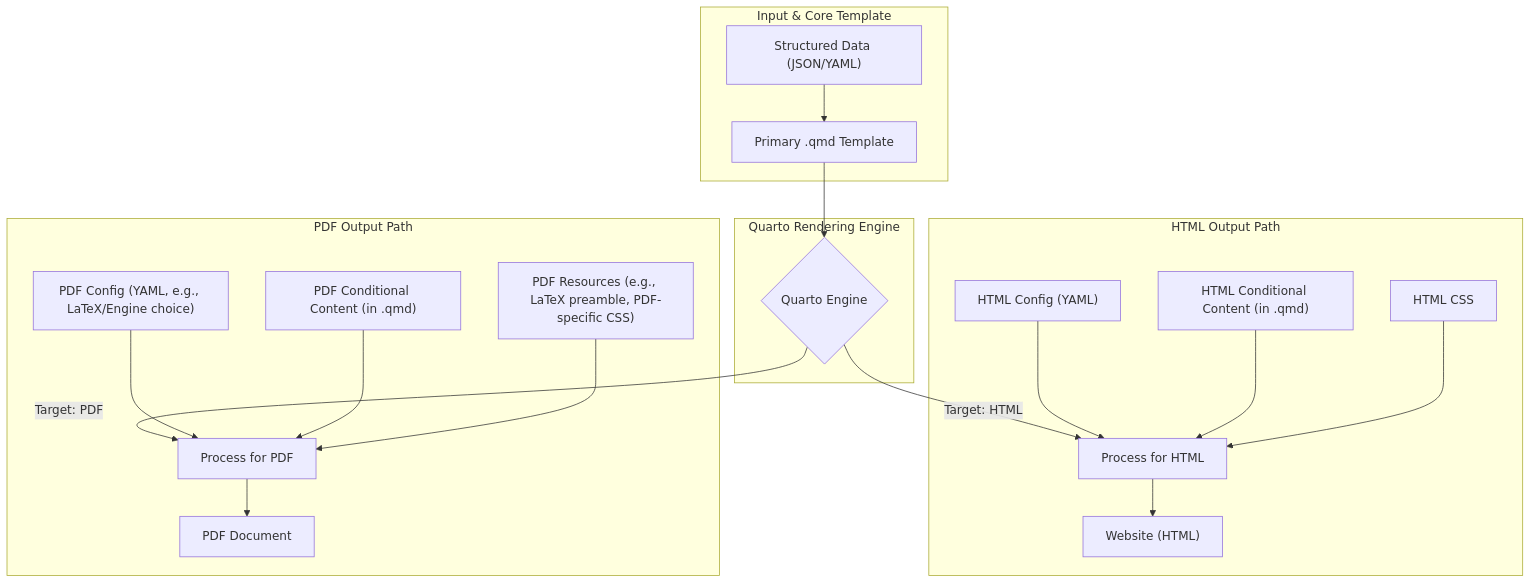
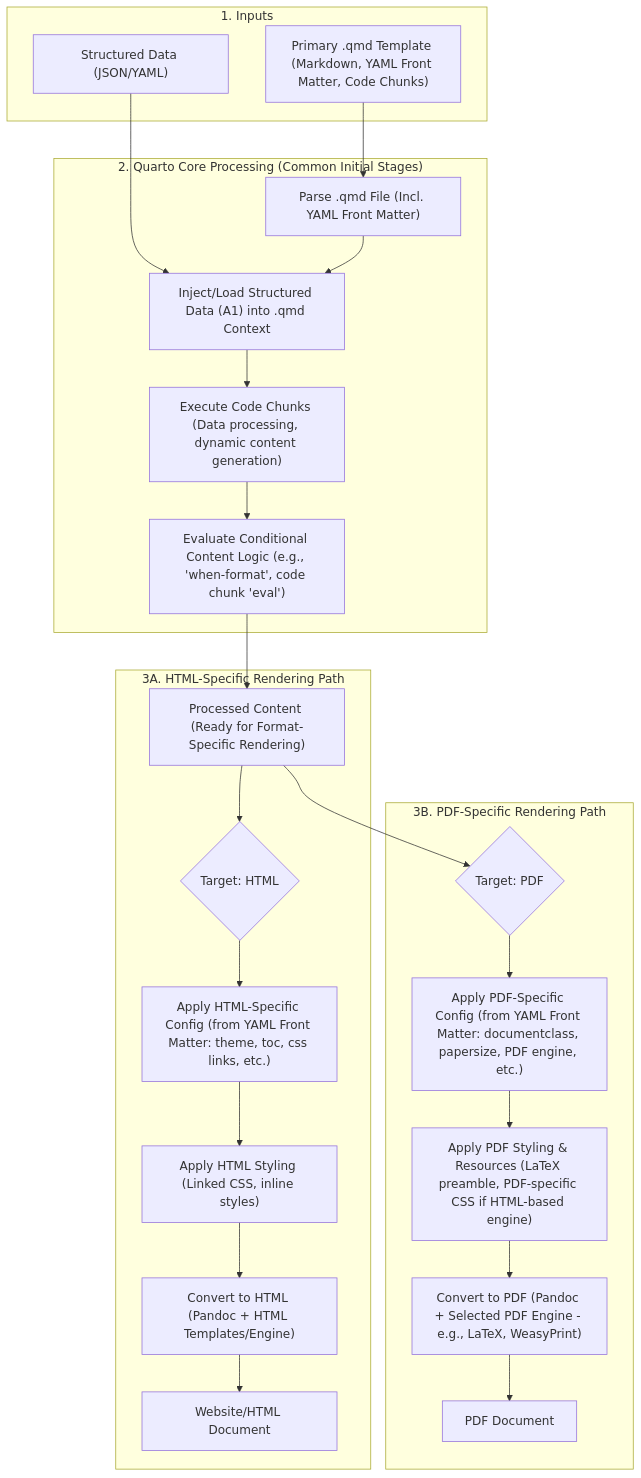
Before and after one commit to Value-Chain-Hackers/Templates-Yaml: the diagram in README.md, drawn with Mermaid.

````diff
--- a/README.md
+++ b/README.md
@@ -1,40 +1,53 @@
 ```mermaid
 graph TD
-    subgraph "Input & Core Template"
+    subgraph "1. Inputs"
         A1["Structured Data (JSON/YAML)"]
-        A2["Primary .qmd Template"]
-        A1 --> A2
+        A2["Primary .qmd Template (Markdown, YAML Front Matter, Code Chunks)"]
     end
 
-    subgraph "Quarto Rendering Engine"
-        B1{"Quarto Engine"}
+    subgraph "2. Quarto Core Processing (Common Initial Stages)"
+        B1["Parse .qmd File (Incl. YAML Front Matter)"]
+        B2["Inject/Load Structured Data (A1) into .qmd Context"]
+        B3["Execute Code Chunks (Data processing, dynamic content generation)"]
+        B4["Evaluate Conditional Content Logic (e.g., 'when-format', code chunk 'eval')"]
+        
+        A2 --> B1
+        A1 --> B2
+        B1 --> B2
+        B2 --> B3
+        B3 --> B4
     end
 
-    A2 --> B1
+    ProcessedContent["Processed Content (Ready for Format-Specific Rendering)"]
+    B4 --> ProcessedContent
 
-    subgraph "HTML Output Path"
-        C1["HTML Config (YAML)"]
-        C2["HTML Conditional Content (in .qmd)"]
-        C3["HTML CSS"]
-        
-        B1 -- "Target: HTML" --> RenderHTML
-        RenderHTML["Process for HTML"]
-        C1 --> RenderHTML
-        C2 --> RenderHTML
-        C3 --> RenderHTML
-        RenderHTML --> OutputHTML["Website (HTML)"]
+    subgraph "3A. HTML-Specific Rendering Path"
+        HTML_Path_Start{"Target: HTML"}
+        ProcessedContent --> HTML_Path_Start
+
+        H_Cfg["Apply HTML-Specific Config (from YAML Front Matter: theme, toc, css links, etc.)"]
+        H_Style["Apply HTML Styling (Linked CSS, inline styles)"]
+        H_Convert["Convert to HTML (Pandoc + HTML Templates/Engine)"]
+        H_Output["Website/HTML Document"]
+
+        HTML_Path_Start --> H_Cfg
+        H_Cfg --> H_Style
+        H_Style --> H_Convert
+        H_Convert --> H_Output
     end
 
-    subgraph "PDF Output Path"
-        D1["PDF Config (YAML, e.g., LaTeX/Engine choice)"]
-        D2["PDF Conditional Content (in .qmd)"]
-        D3["PDF Resources (e.g., LaTeX preamble, PDF-specific CSS)"]
+    subgraph "3B. PDF-Specific Rendering Path"
+        PDF_Path_Start{"Target: PDF"}
+        ProcessedContent --> PDF_Path_Start
 
-        B1 -- "Target: PDF" --> RenderPDF
-        RenderPDF["Process for PDF"]
-        D1 --> RenderPDF
-        D2 --> RenderPDF
-        D3 --> RenderPDF
-        RenderPDF --> OutputPDF["PDF Document"]
+        P_Cfg["Apply PDF-Specific Config (from YAML Front Matter: documentclass, papersize, PDF engine, etc.)"]
+        P_Style["Apply PDF Styling & Resources (LaTeX preamble, PDF-specific CSS if HTML-based engine)"]
+        P_Convert["Convert to PDF (Pandoc + Selected PDF Engine - e.g., LaTeX, WeasyPrint)"]
+        P_Output["PDF Document"]
+
+        PDF_Path_Start --> P_Cfg
+        P_Cfg --> P_Style
+        P_Style --> P_Convert
+        P_Convert --> P_Output
     end
 ``` 
````
